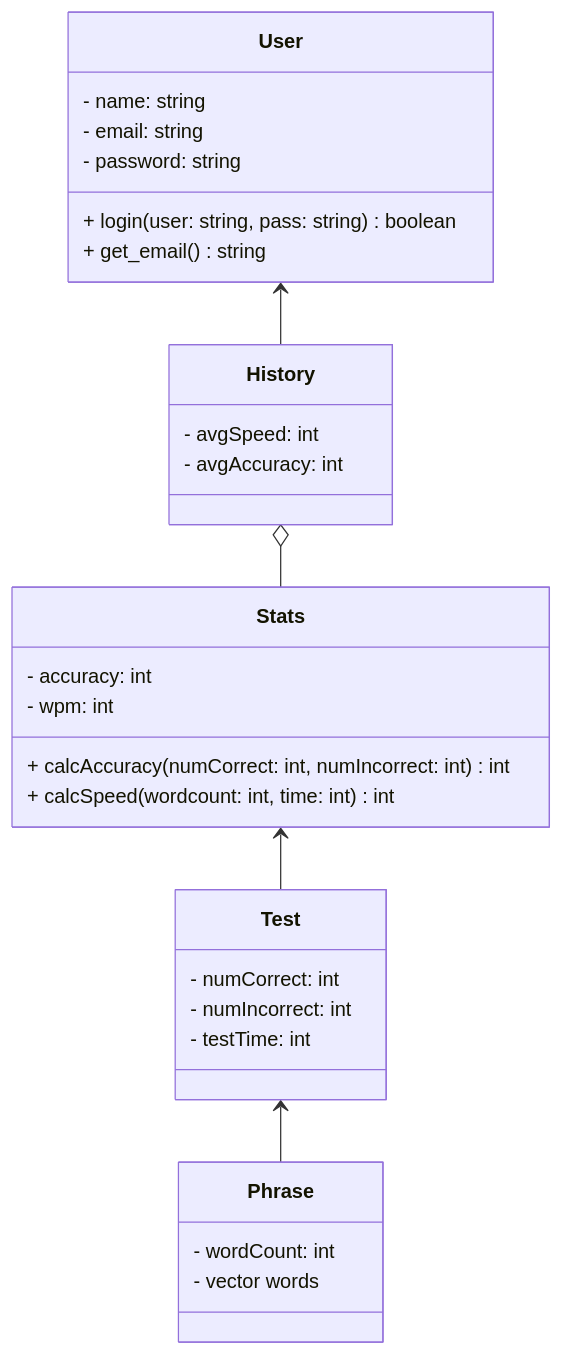
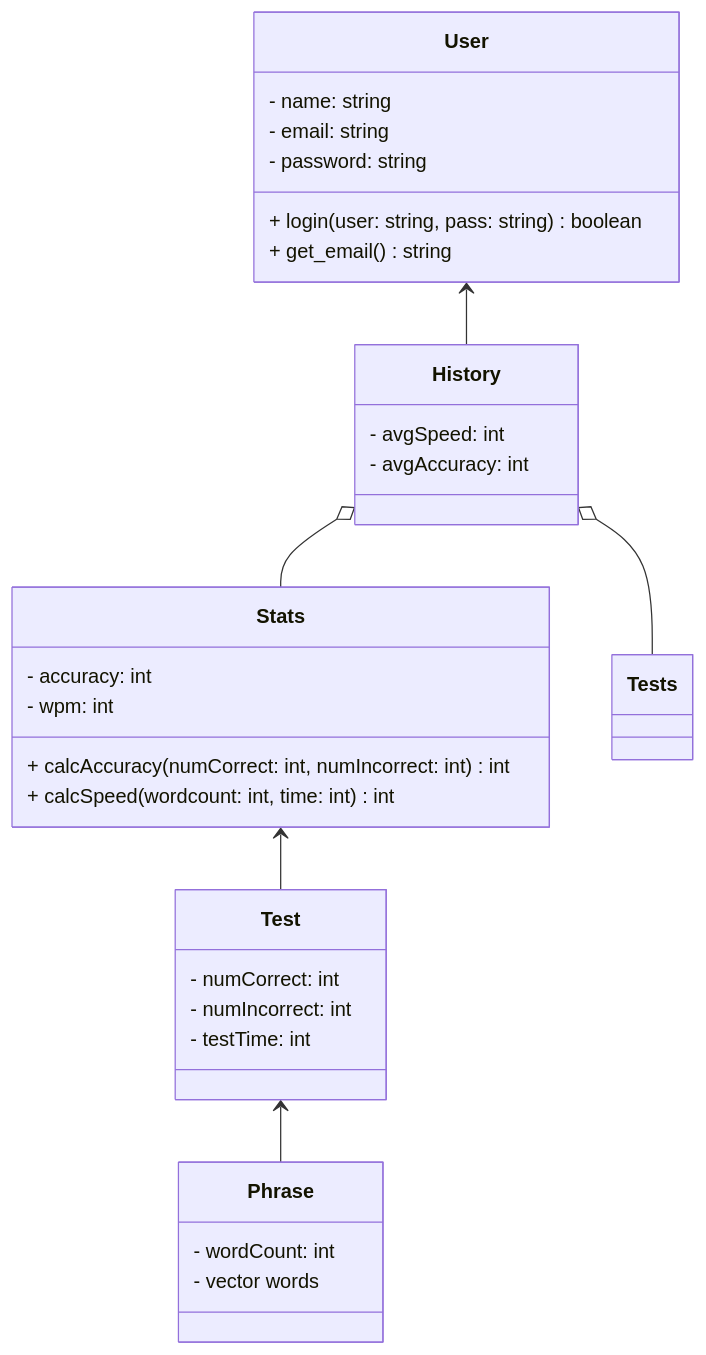
One commit to sbandaya/tippitytappity-design changed the diagram in README.md. Above: the diagram before and after it, drawn with Mermaid.

Commit message:
Add relationship from History to Tests in README

````diff
--- a/README.md
+++ b/README.md
@@ -8,35 +8,36 @@
 ```mermaid
 classDiagram
   Stats <-- Test
   Test <-- Phrase
   User <-- History
   History o-- Stats
+  History o-- Tests
 
   class User{
         - name: string
         - email: string
         - password: string
         + login(user: string, pass: string) boolean
         + get_email() string
   }
   class Stats{
         - accuracy: int
         - wpm: int
         + calcAccuracy( numCorrect: int, numIncorrect: int) int
         + calcSpeed( wordcount: int, time: int) int
   }
   class Phrase{
         - wordCount: int
         - vector<string> words
   }
   class Test{
         - numCorrect: int
         - numIncorrect: int
         - testTime: int
   }
   class History{
         - avgSpeed: int
         - avgAccuracy: int
   }
   
 ```
````
